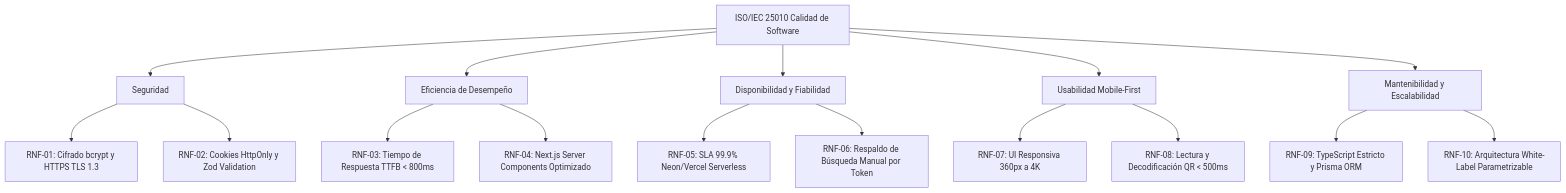
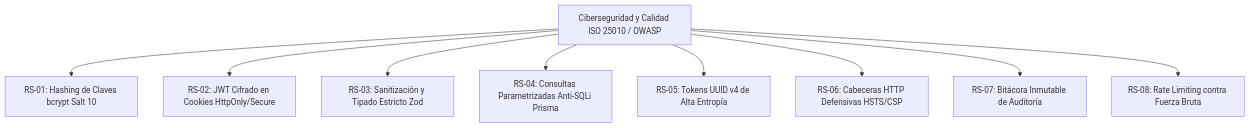
One commit to IMANDOI/sistema-gestion-auditorios-capstone changed the diagram in especificacion_requerimientos.md. Above: the diagram before and after it, drawn with Mermaid. The commit also changed other lines of this file, not shown here.

Commit message:
sec(fase1): incorporar arquitectura de ciberseguridad OWASP e ISO 27001 (especificacion_requerimientos.md)

````diff
--- a/especificacion_requerimientos.md
+++ b/especificacion_requerimientos.md
@@ -118,24 +119,12 @@
 ```mermaid
 graph TD
-    ISO[ISO/IEC 25010 Calidad de Software]
-    ISO --> SEC[Seguridad]
-    ISO --> PERF[Eficiencia de Desempeño]
-    ISO --> AVAIL[Disponibilidad y Fiabilidad]
-    ISO --> USAB[Usabilidad Mobile-First]
-    ISO --> MAINT[Mantenibilidad y Escalabilidad]
-
-    SEC --> RNF01[RNF-01: Cifrado bcrypt y HTTPS TLS 1.3]
-    SEC --> RNF02[RNF-02: Cookies HttpOnly y Zod Validation]
-    
-    PERF --> RNF03[RNF-03: Tiempo de Respuesta TTFB < 800ms]
-    PERF --> RNF04[RNF-04: Next.js Server Components Optimizado]
-    
-    AVAIL --> RNF05[RNF-05: SLA 99.9% Neon/Vercel Serverless]
-    AVAIL --> RNF06[RNF-06: Respaldo de Búsqueda Manual por Token]
-    
-    USAB --> RNF07[RNF-07: UI Responsiva 360px a 4K]
-    USAB --> RNF08[RNF-08: Lectura y Decodificación QR < 500ms]
-    
-    MAINT --> RNF09[RNF-09: TypeScript Estricto y Prisma ORM]
-    MAINT --> RNF10[RNF-10: Arquitectura White-Label Parametrizable]
+    SEC[Ciberseguridad y Calidad ISO 25010 / OWASP]
+    SEC --> RS01[RS-01: Hashing de Claves bcrypt Salt 10]
+    SEC --> RS02[RS-02: JWT Cifrado en Cookies HttpOnly/Secure]
+    SEC --> RS03[RS-03: Sanitización y Tipado Estricto Zod]
+    SEC --> RS04[RS-04: Consultas Parametrizadas Anti-SQLi Prisma]
+    SEC --> RS05[RS-05: Tokens UUID v4 de Alta Entropía]
+    SEC --> RS06[RS-06: Cabeceras HTTP Defensivas HSTS/CSP]
+    SEC --> RS07[RS-07: Bitácora Inmutable de Auditoría]
+    SEC --> RS08[RS-08: Rate Limiting contra Fuerza Bruta]
 ```
````
